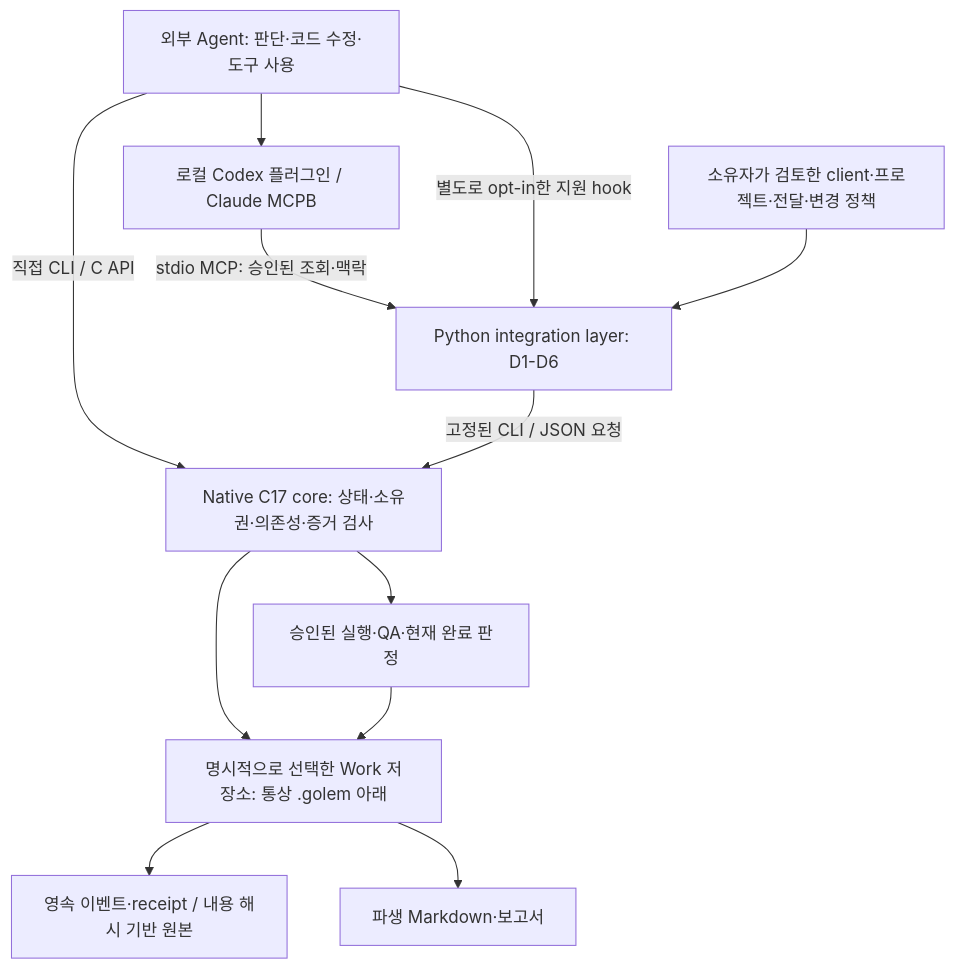
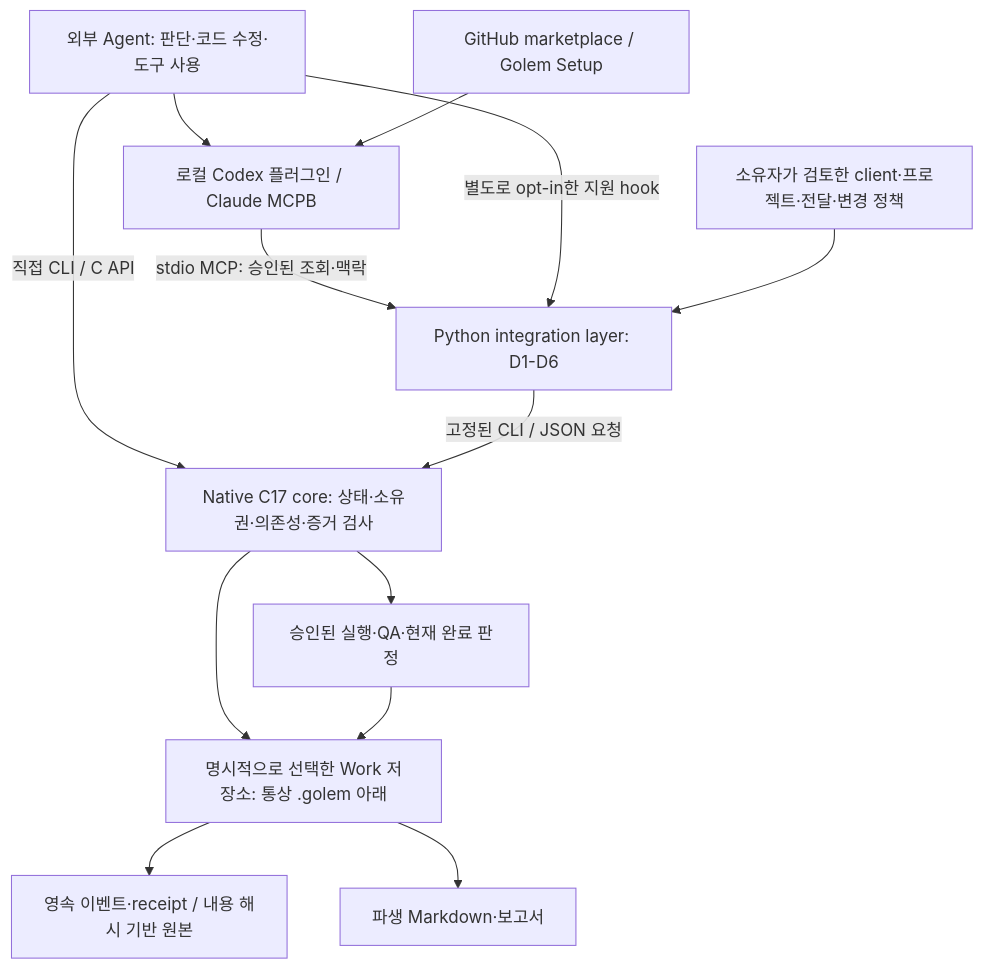
One commit to seadonggyun4/Golem changed the first of 2 diagrams in README.ko.md. Above: the diagram before and after it, drawn with Mermaid. The commit also changed 4 other files, not shown here.

Commit message:
Document verified GitHub plugin migration and setup diagnostics

````diff
--- a/README.ko.md
+++ b/README.ko.md
@@ -53,14 +53,15 @@
 ```mermaid
 flowchart TD
     A["외부 Agent: 판단·코드 수정·도구 사용"] -->|"직접 CLI / C API"| C["Native C17 core: 상태·소유권·의존성·증거 검사"]
     A --> L["로컬 Codex 플러그인 / Claude MCPB"]
+    G["GitHub marketplace / Golem Setup"] --> L
     L -->|"stdio MCP: 승인된 조회·맥락"| I["Python integration layer: D1-D6"]
     A -->|"별도로 opt-in한 지원 hook"| I
     O["소유자가 검토한 client·프로젝트·전달·변경 정책"] --> I
     I -->|"고정된 CLI / JSON 요청"| C
     C --> E["승인된 실행·QA·현재 완료 판정"]
     C --> S["명시적으로 선택한 Work 저장소: 통상 .golem 아래"]
     E --> S
     S --> J["영속 이벤트·receipt / 내용 해시 기반 원본"]
     S --> M["파생 Markdown·보고서"]
 ```
````
